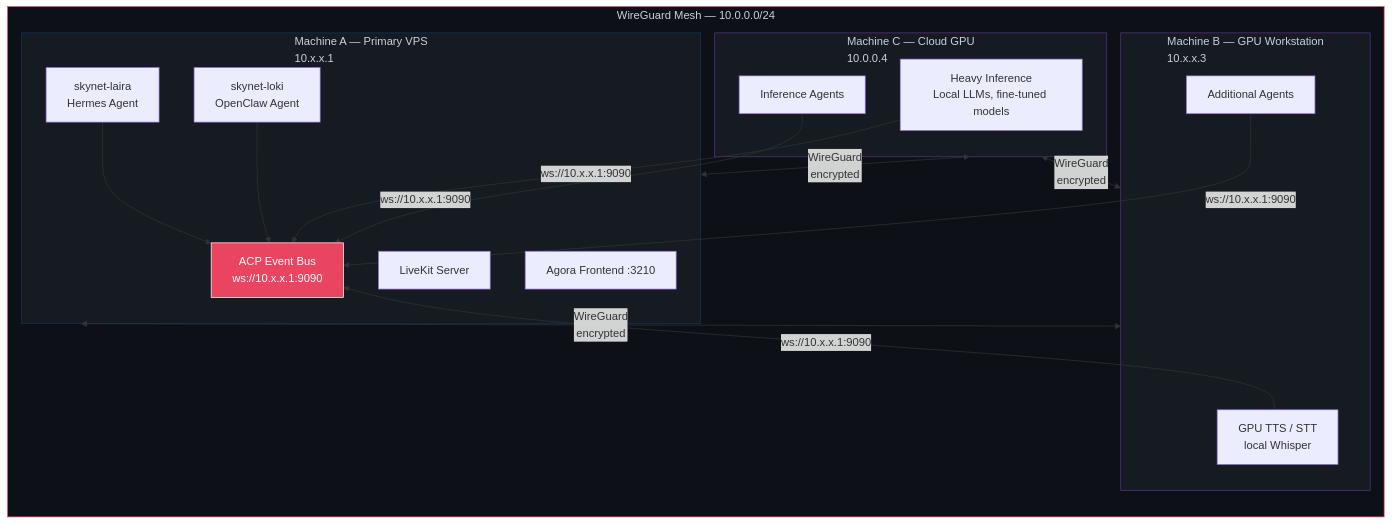
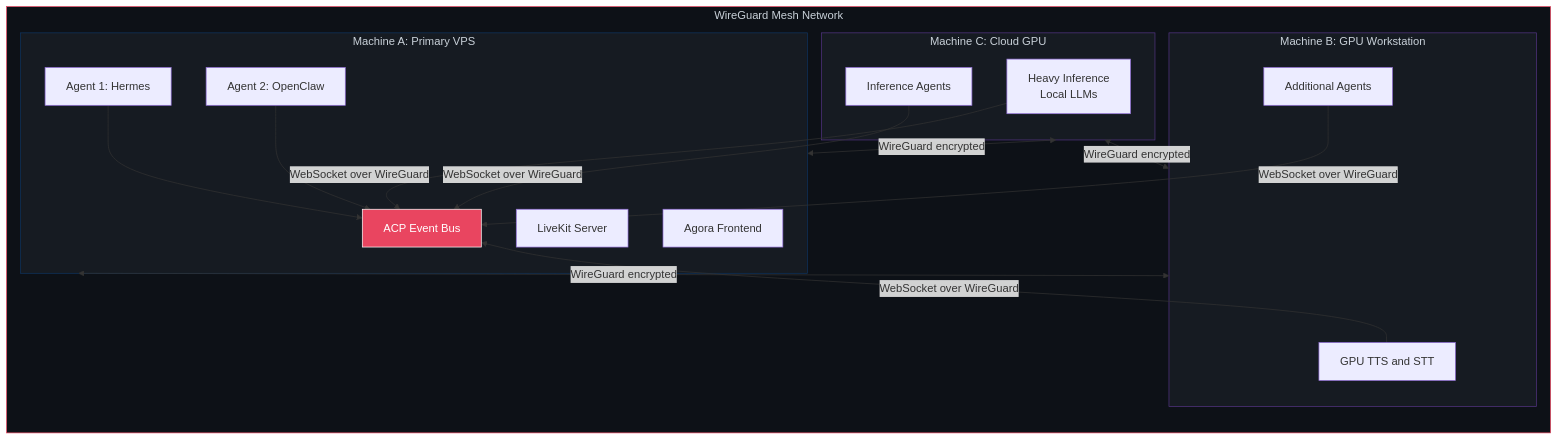
The sixth of 6 diagrams in README.md (0xyg3n/Agora), drawn with Mermaid before and after one commit. The commit also changed other lines of this file and 1 other file, not shown here.

````diff
--- a/README.md
+++ b/README.md
@@ -263,41 +314,41 @@
 ```mermaid
 graph TB
-    subgraph WG[WireGuard Mesh — 10.0.0.0/24]
+    subgraph WG[WireGuard Mesh Network]
         direction TB
 
-        subgraph A[Machine A — Primary VPS<br/>10.x.x.1]
-            Bus[ACP Event Bus<br/>ws://10.x.x.1:9090]
+        subgraph A[Machine A: Primary VPS]
+            Bus[ACP Event Bus]
             LK[LiveKit Server]
-            FE[Agora Frontend :3210]
-            L1[skynet-laira<br/>Hermes Agent]
-            L2[skynet-loki<br/>OpenClaw Agent]
+            FE[Agora Frontend]
+            L1[Agent 1: Hermes]
+            L2[Agent 2: OpenClaw]
         end
 
-        subgraph B[Machine B — GPU Workstation<br/>10.x.x.3]
-            GPU1[GPU TTS / STT<br/>local Whisper]
+        subgraph B[Machine B: GPU Workstation]
+            GPU1[GPU TTS and STT]
             A3[Additional Agents]
         end
 
-        subgraph C[Machine C — Cloud GPU<br/>10.0.0.4]
-            GPU2[Heavy Inference<br/>Local LLMs, fine-tuned models]
+        subgraph C[Machine C: Cloud GPU]
+            GPU2[Heavy Inference<br/>Local LLMs]
             A4[Inference Agents]
         end
     end
 
     L1 --> Bus
     L2 --> Bus
-    GPU1 -->|ws://10.x.x.1:9090| Bus
-    A3 -->|ws://10.x.x.1:9090| Bus
-    GPU2 -->|ws://10.x.x.1:9090| Bus
-    A4 -->|ws://10.x.x.1:9090| Bus
+    GPU1 -->|WebSocket over WireGuard| Bus
+    A3 -->|WebSocket over WireGuard| Bus
+    GPU2 -->|WebSocket over WireGuard| Bus
+    A4 -->|WebSocket over WireGuard| Bus
 
-    A <-->|WireGuard<br/>encrypted| B
-    A <-->|WireGuard<br/>encrypted| C
-    B <-->|WireGuard<br/>encrypted| C
+    A <-->|WireGuard encrypted| B
+    A <-->|WireGuard encrypted| C
+    B <-->|WireGuard encrypted| C
 
     style WG fill:#0d1117,stroke:#e94560,color:#c9d1d9
     style A fill:#161b22,stroke:#0f3460,color:#c9d1d9
     style B fill:#161b22,stroke:#533483,color:#c9d1d9
     style C fill:#161b22,stroke:#533483,color:#c9d1d9
     style Bus fill:#e94560,stroke:#fff,color:#fff
 ```
````
